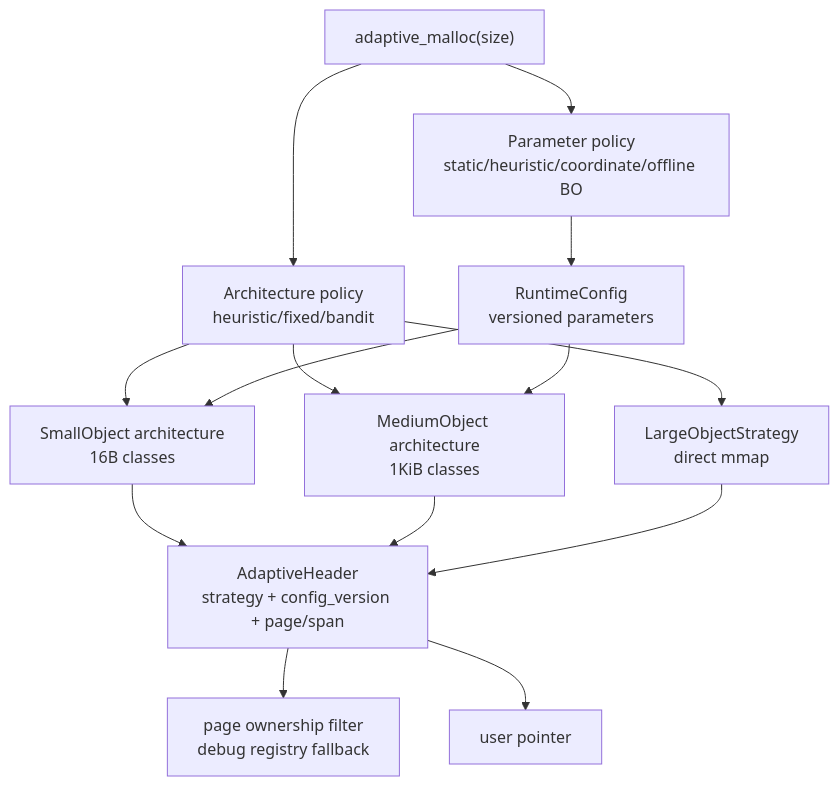
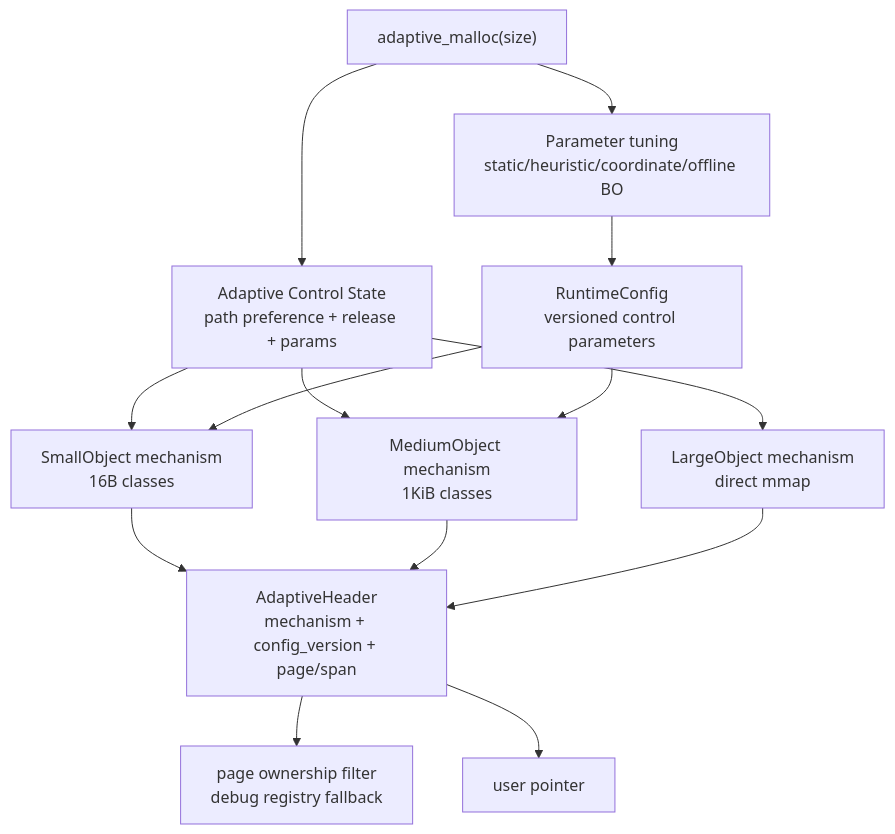
The third of 3 diagrams in docs/system_architecture.md (sdsasf/my_malloc), drawn with Mermaid before and after one commit. The commit also changed other lines of this file and 8 other files, not shown here.

Commit message:
Clarify adaptive mechanism control

````diff
--- a/docs/system_architecture.md
+++ b/docs/system_architecture.md
@@ -160,26 +159,26 @@
 ```mermaid
 flowchart TB
     Req["adaptive_malloc(size)"]
-    ArchPolicy["Architecture policy<br/>heuristic/fixed/bandit"]
-    ParamPolicy["Parameter policy<br/>static/heuristic/coordinate/offline BO"]
-    Config["RuntimeConfig<br/>versioned parameters"]
-    Small["SmallObject architecture<br/>16B classes"]
-    Medium["MediumObject architecture<br/>1KiB classes"]
-    Large["LargeObjectStrategy<br/>direct mmap"]
-    Header["AdaptiveHeader<br/>strategy + config_version + page/span"]
+    Control["Adaptive Control State<br/>path preference + release + params"]
+    ParamPolicy["Parameter tuning<br/>static/heuristic/coordinate/offline BO"]
+    Config["RuntimeConfig<br/>versioned control parameters"]
+    Small["SmallObject mechanism<br/>16B classes"]
+    Medium["MediumObject mechanism<br/>1KiB classes"]
+    Large["LargeObject mechanism<br/>direct mmap"]
+    Header["AdaptiveHeader<br/>mechanism + config_version + page/span"]
     Registry["page ownership filter<br/>debug registry fallback"]
     User["user pointer"]
 
-    Req --> ArchPolicy
+    Req --> Control
     Req --> ParamPolicy --> Config
-    ArchPolicy --> Small
-    ArchPolicy --> Medium
-    ArchPolicy --> Large
+    Control --> Small
+    Control --> Medium
+    Control --> Large
     Config --> Small
     Config --> Medium
     Small --> Header
     Medium --> Header
     Large --> Header
     Header --> Registry
     Header --> User
 ```
````
